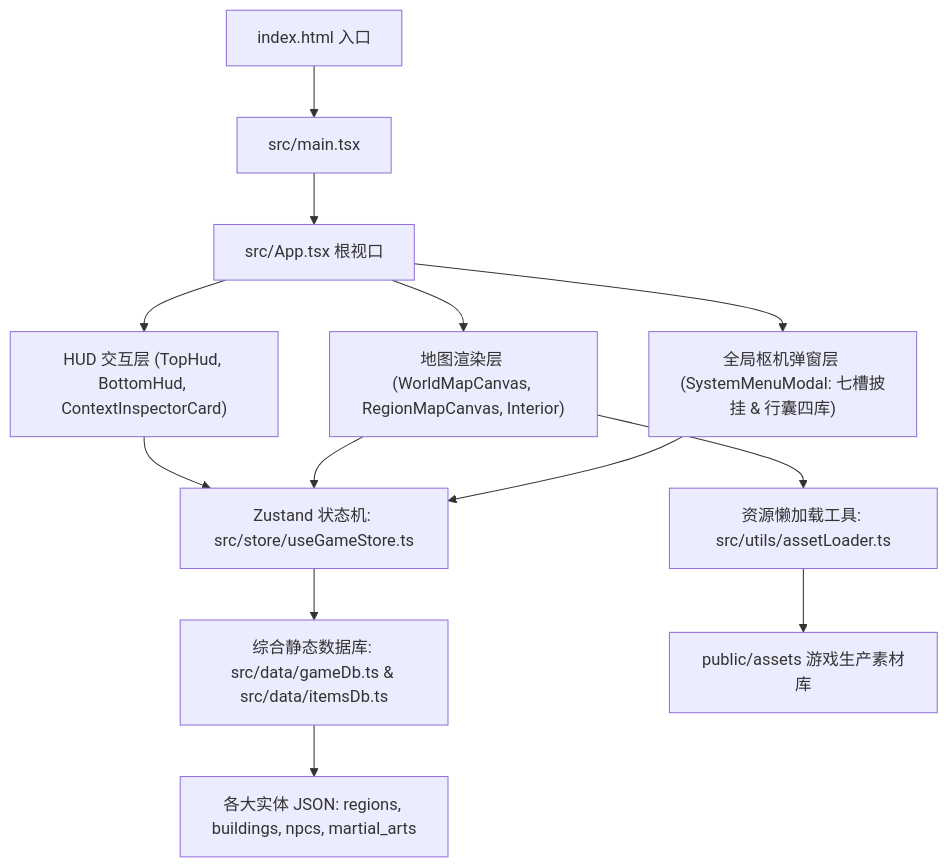
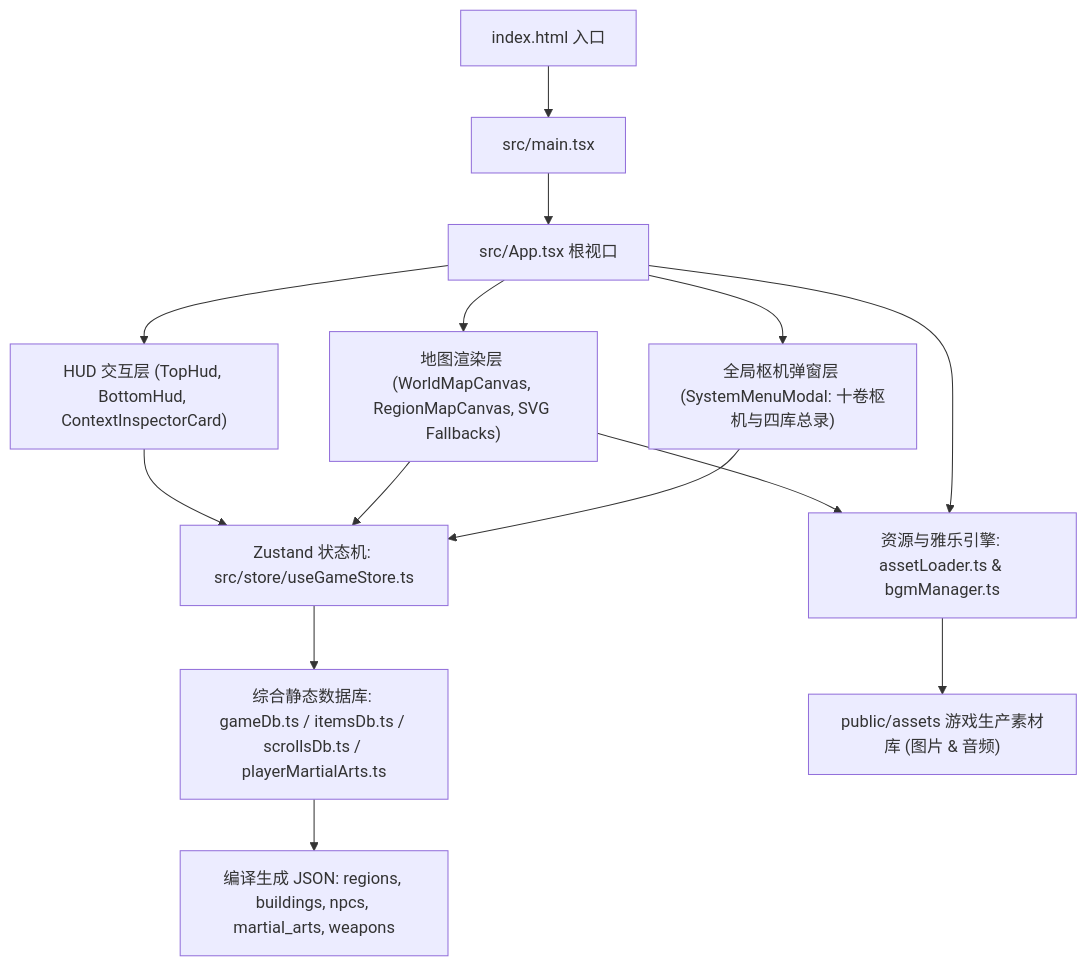
One commit to zhby99/northern-song-chronicles changed the diagram in PROJECT_GUIDE.md. Above: the diagram before and after it, drawn with Mermaid. The commit also changed other lines of this file and 18 other files, not shown here.

````diff
--- a/PROJECT_GUIDE.md
+++ b/PROJECT_GUIDE.md
@@ -24,15 +24,15 @@
 ```mermaid
 graph TD
     A["index.html 入口"] --> B["src/main.tsx"]
     B --> C["src/App.tsx 根视口"]
     C --> D["HUD 交互层 (TopHud, BottomHud, ContextInspectorCard)"]
-    C --> E["地图渲染层 (WorldMapCanvas, RegionMapCanvas, Interior)"]
-    C --> F["全局枢机弹窗层 (SystemMenuModal: 七槽披挂 & 行囊四库)"]
+    C --> E["地图渲染层 (WorldMapCanvas, RegionMapCanvas, SVG Fallbacks)"]
+    C --> F["全局枢机弹窗层 (SystemMenuModal: 十卷枢机与四库总录)"]
     
     D & E & F --> G["Zustand 状态机: src/store/useGameStore.ts"]
-    G --> H["综合静态数据库: src/data/gameDb.ts & src/data/itemsDb.ts"]
-    H --> I["各大实体 JSON: regions, buildings, npcs, martial_arts"]
+    G --> H["综合静态数据库: gameDb.ts / itemsDb.ts / scrollsDb.ts / playerMartialArts.ts"]
+    H --> I["编译生成 JSON: regions, buildings, npcs, martial_arts, weapons"]
     
-    E --> J["资源懒加载工具: src/utils/assetLoader.ts"]
-    J --> K["public/assets 游戏生产素材库"]
+    E & C --> J["资源与雅乐引擎: assetLoader.ts & bgmManager.ts"]
+    J --> K["public/assets 游戏生产素材库 (图片 & 音频)"]
 ```
````
